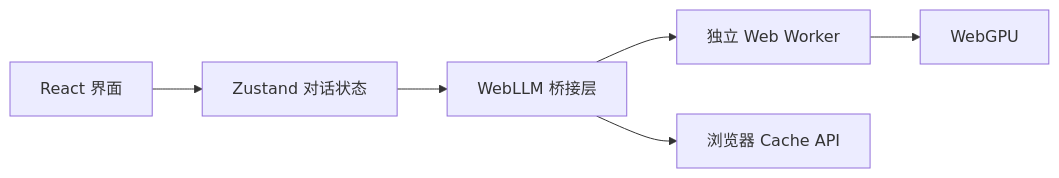
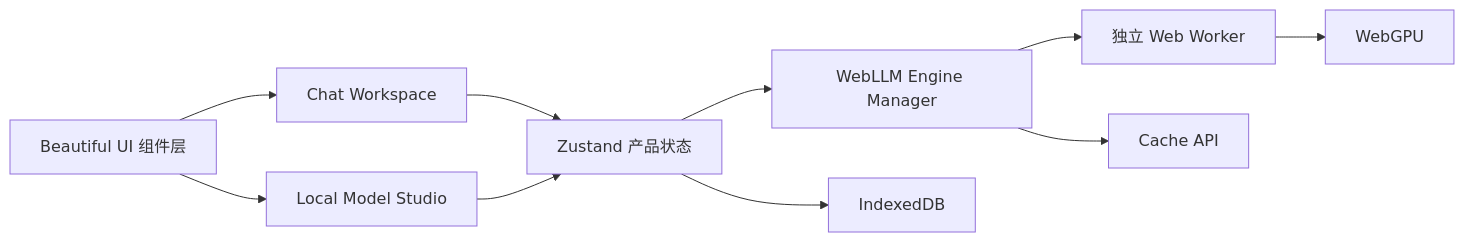
One commit to Ryan-yang125/ChatLLM-Web changed the diagram in README.zh-CN.md. Above: the diagram before and after it, drawn with Mermaid. The commit also changed other lines of this file and 40 other files, not shown here.

Commit message:
feat: ship ChatLLM v3 local model studio

````diff
--- a/README.zh-CN.md
+++ b/README.zh-CN.md
@@ -88,8 +103,12 @@
 ```mermaid
 flowchart LR
-  UI[React 界面] --> Store[Zustand 对话状态]
-  Store --> Bridge[WebLLM 桥接层]
-  Bridge --> Worker[独立 Web Worker]
+  UI[Beautiful UI 组件层] --> Chat[Chat Workspace]
+  UI --> Studio[Local Model Studio]
+  Chat --> Store[Zustand 产品状态]
+  Studio --> Store
+  Store --> Engine[WebLLM Engine Manager]
+  Engine --> Worker[独立 Web Worker]
   Worker --> GPU[WebGPU]
-  Bridge --> Cache[浏览器 Cache API]
+  Store --> IDB[IndexedDB]
+  Engine --> Cache[Cache API]
 ```
````
